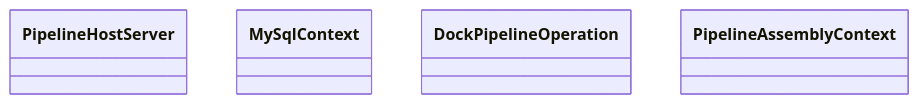
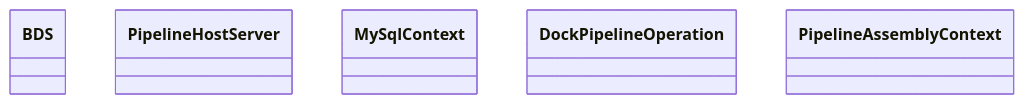
Before and after one commit to FL-LearningGroup/BeautifulData-Server: the diagram in BDS.Runtime.md, drawn with Mermaid.

````diff
--- a/BDS.Runtime.md
+++ b/BDS.Runtime.md
@@ -49,7 +49,8 @@
 ```mermaid
 classDiagram
+    class BDS
     class PipelineHostServer
     class MySqlContext
     class DockPipelineOperation
     class PipelineAssemblyContext
 ```
````
